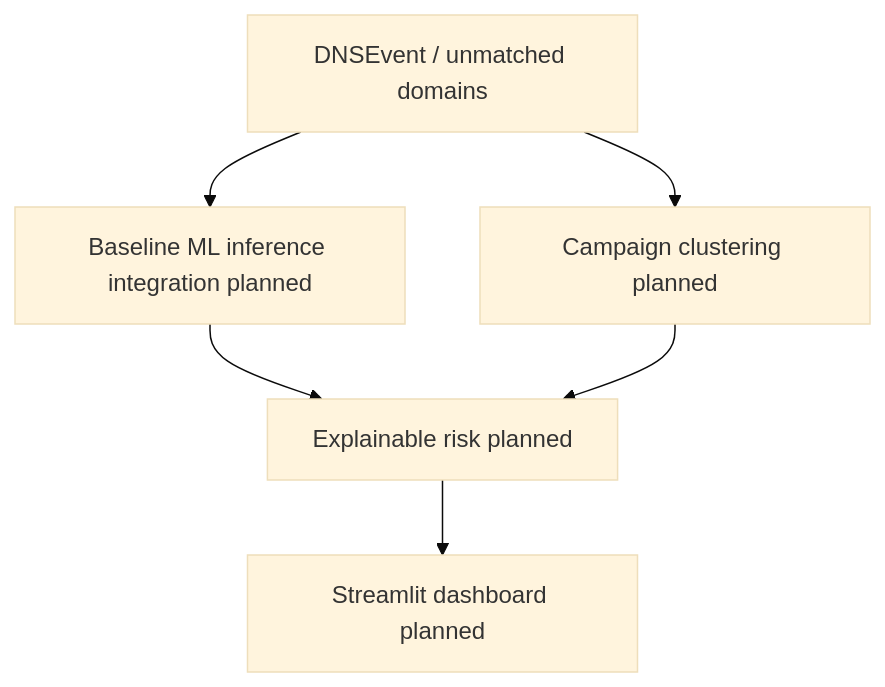
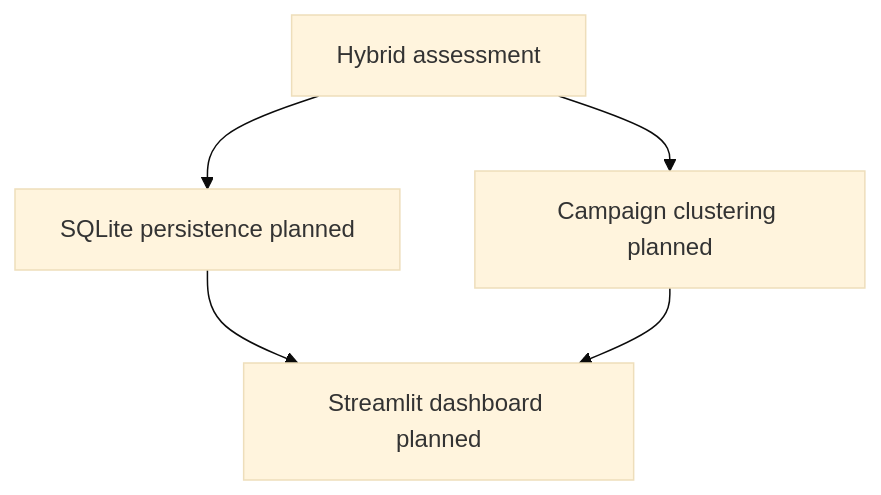
One commit to ConquestorYa/threatfusion-ai changed the fourth of 4 diagrams in docs/ARCHITECTURE.md. Above: the diagram before and after it, drawn with Mermaid (base theme). The commit also changed other lines of this file, not shown here.

Commit message:
docs: add hybrid DNS analysis flow

````diff
--- a/docs/ARCHITECTURE.md
+++ b/docs/ARCHITECTURE.md
@@ -52,8 +69,7 @@
 ```mermaid
 flowchart TD
-    DNS[DNSEvent / unmatched domains] --> Detect[Baseline ML inference integration planned]
-    DNS --> Cluster[Campaign clustering planned]
-    Detect --> Risk[Explainable risk planned]
-    Cluster --> Risk
-    Risk --> Dashboard[Streamlit dashboard planned]
+    Hybrid[Hybrid assessment] --> Persist[SQLite persistence planned]
+    Hybrid --> Cluster[Campaign clustering planned]
+    Persist --> Dashboard[Streamlit dashboard planned]
+    Cluster --> Dashboard
 ```
````
